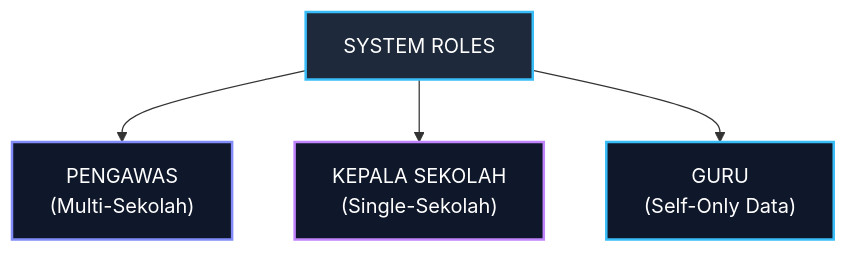
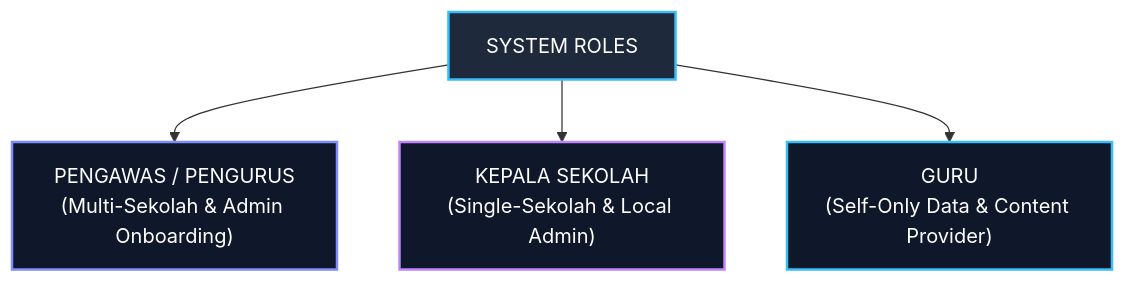
Before and after one commit to Hnzsama/supervisi_sekolah: the diagram in docs/02-peran-dan-hak-akses.md, drawn with Mermaid. The commit also changed other lines of this file and 13 other files, not shown here.

````diff
--- a/docs/02-peran-dan-hak-akses.md
+++ b/docs/02-peran-dan-hak-akses.md
@@ -7,12 +7,12 @@
 ```mermaid
 graph TD
     SYS["SYSTEM ROLES"]
-    SYS --> P["PENGAWAS<br/>(Multi-Sekolah)"]
-    SYS --> K["KEPALA SEKOLAH<br/>(Single-Sekolah)"]
-    SYS --> G["GURU<br/>(Self-Only Data)"]
+    SYS --> P["PENGAWAS / PENGURUS<br/>(Multi-Sekolah & Admin Onboarding)"]
+    SYS --> K["KEPALA SEKOLAH<br/>(Single-Sekolah & Local Admin)"]
+    SYS --> G["GURU<br/>(Self-Only Data & Content Provider)"]
 
     style SYS fill:#1e293b,stroke:#38bdf8,stroke-width:2px,color:#fff
     style P fill:#0f172a,stroke:#818cf8,stroke-width:2px,color:#fff
     style K fill:#0f172a,stroke:#c084fc,stroke-width:2px,color:#fff
     style G fill:#0f172a,stroke:#38bdf8,stroke-width:2px,color:#fff
 ```
````
